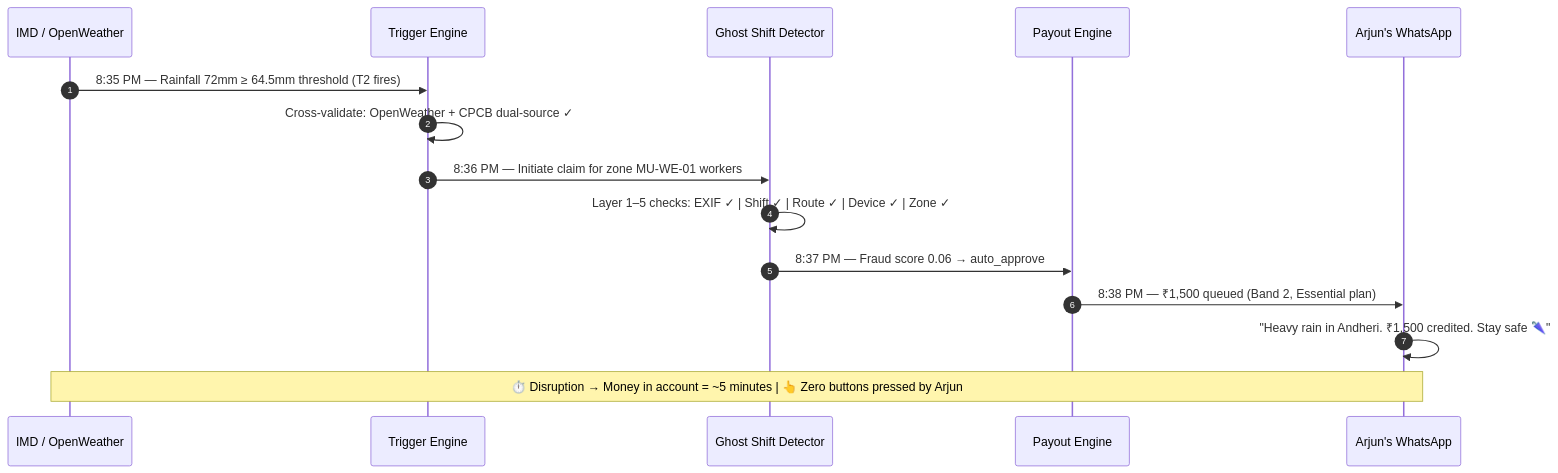
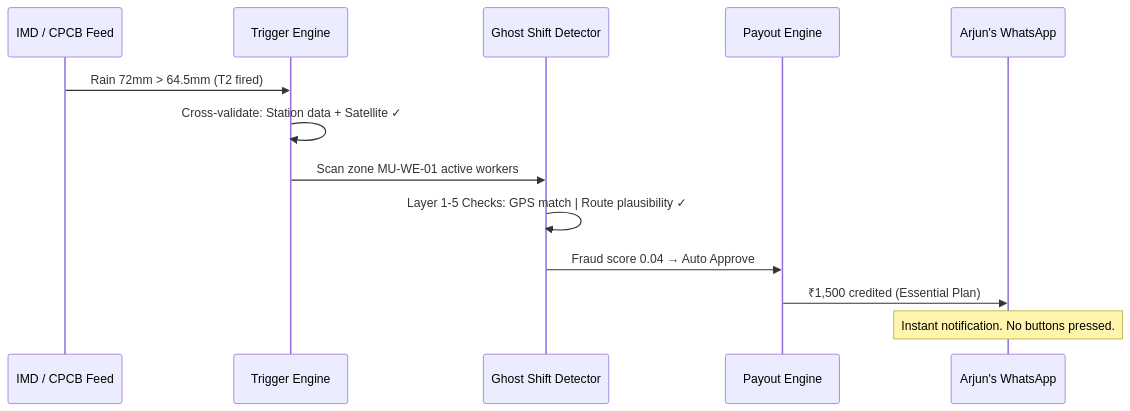
The first of 2 diagrams in README.md (Chorko/Celestius_Covara_One_P1), drawn with Mermaid before and after one commit. The commit also changed other lines of this file and 1 other file, not shown here.

````diff
--- a/README.md
+++ b/README.md
@@ -136,19 +78,16 @@
 ```mermaid
 sequenceDiagram
-    autonumber
-    participant 🌧️ as IMD / OpenWeather
+    participant 🌧️ as IMD / CPCB Feed
     participant ⚙️ as Trigger Engine
     participant 🛡️ as Ghost Shift Detector
     participant 💸 as Payout Engine
     participant 📱 as Arjun's WhatsApp
 
-    🌧️->>⚙️: 8:35 PM — Rainfall 72mm ≥ 64.5mm threshold (T2 fires)
-    ⚙️->>⚙️: Cross-validate: OpenWeather + CPCB dual-source ✓
-    ⚙️->>🛡️: 8:36 PM — Initiate claim for zone MU-WE-01 workers
-    🛡️->>🛡️: Layer 1–5 checks: EXIF ✓ | Shift ✓ | Route ✓ | Device ✓ | Zone ✓
-    🛡️->>💸: 8:37 PM — Fraud score 0.06 → auto_approve
-    💸->>📱: 8:38 PM — ₹1,500 queued (Band 2, Essential plan)
-    📱->>📱: "Heavy rain in Andheri. ₹1,500 credited. Stay safe 🌂"
-
-    Note over 🌧️,📱: ⏱️ Disruption → Money in account = ~5 minutes | 👆 Zero buttons pressed by Arjun
+    🌧️->>⚙️: Rain 72mm > 64.5mm (T2 fired)
+    ⚙️->>⚙️: Cross-validate: Station data + Satellite ✓
+    ⚙️->>🛡️: Scan zone MU-WE-01 active workers
+    🛡️->>🛡️: Layer 1-5 Checks: GPS match | Route plausibility ✓
+    🛡️->>💸: Fraud score 0.04 → Auto Approve
+    💸->>📱: ₹1,500 credited (Essential Plan)
+    Note over 📱: Instant notification. No buttons pressed.
 ```
````
